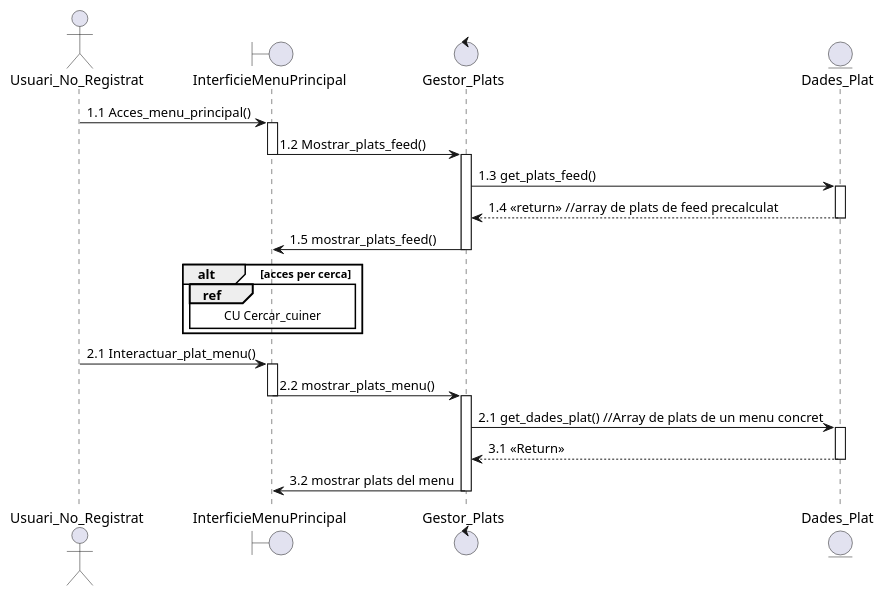
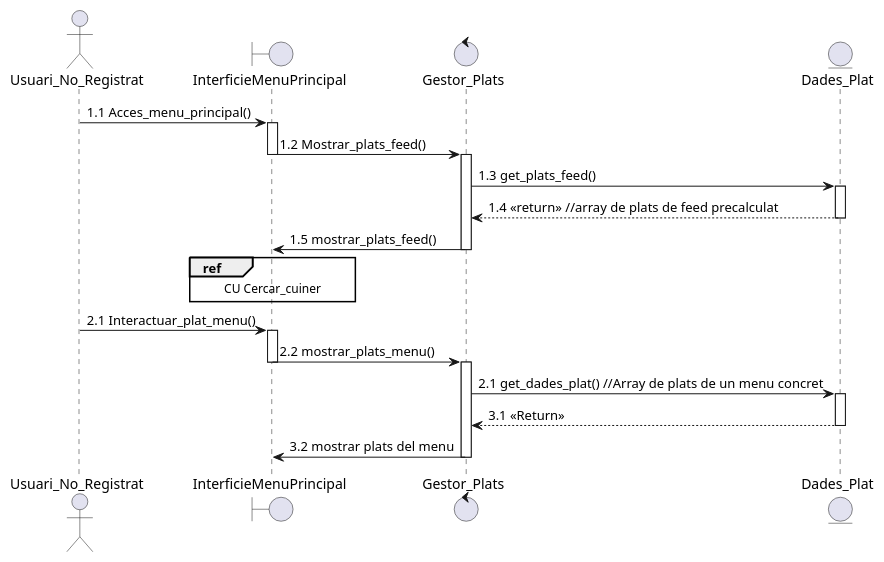
Before and after one commit to martipages/ES23UAB431-02: the diagram in documents/Diagrames i Especificacions/Seqüencia/ALEJANDRO/1 - Consultar Menu.puml, drawn with PlantUML. The commit also changed 6 other files, not shown here.

```diff
--- a/documents/Diagrames i Especificacions/Seqüencia/ALEJANDRO/1 - Consultar Menu.puml
+++ b/documents/Diagrames i Especificacions/Seqüencia/ALEJANDRO/1 - Consultar Menu.puml
@@ -1,23 +1,21 @@
 @startuml
 
 actor Usuari_No_Registrat as UsuariN
 boundary InterficieMenuPrincipal as interficie
 
 control Gestor_Plats as gestor
 entity Dades_Plat as Plat
 
 UsuariN -> interficie ++: 1.1 Acces_menu_principal()
 interficie -> gestor --++: 1.2 Mostrar_plats_feed()
 gestor -> Plat ++: 1.3 get_plats_feed()
 Plat --> gestor --: 1.4 <<return>> //array de plats de feed precalculat
 gestor -> interficie --: 1.5 mostrar_plats_feed()
-alt acces per cerca
 ref over interficie : CU Cercar_cuiner 
-end
 UsuariN -> interficie ++: 2.1 Interactuar_plat_menu()
 interficie -> gestor --++: 2.2 mostrar_plats_menu()
 gestor -> Plat ++: 2.1 get_dades_plat() //Array de plats de un menu concret
 Plat --> gestor --: 3.1 <<Return>>
 gestor -> interficie --: 3.2 mostrar plats del menu
 
 @enduml
```
